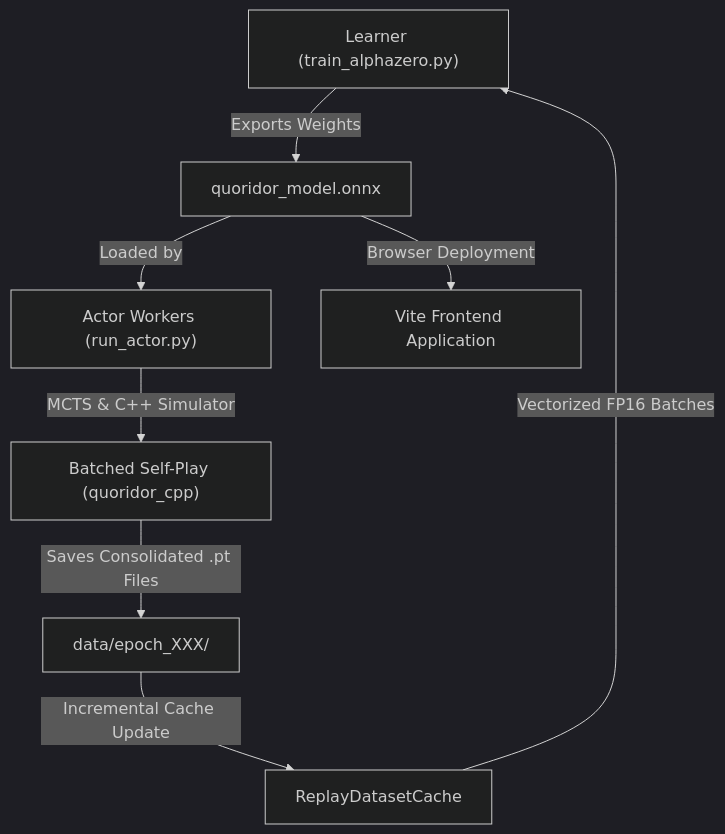
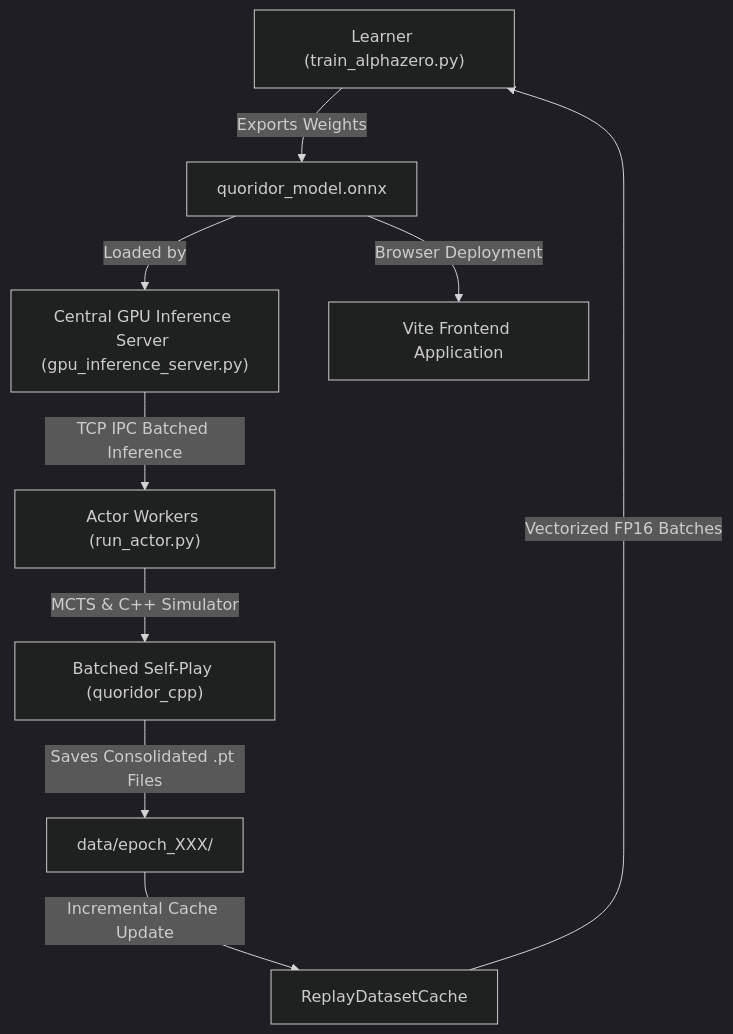
Before and after one commit to OuiHui/Quoridor: the diagram in docs/architecture.md, drawn with Mermaid (dark theme). The commit also changed other lines of this file and 5 other files, not shown here.

Commit message:
Centralized GPU Inference Server

````diff
--- a/docs/architecture.md
+++ b/docs/architecture.md
@@ -11,10 +11,11 @@
 ```mermaid
 graph TD
     A["Learner (train_alphazero.py)"] -->|Exports Weights| B["quoridor_model.onnx"]
-    B -->|Loaded by| C["Actor Workers (run_actor.py)"]
+    B -->|Loaded by| S["Central GPU Inference Server (gpu_inference_server.py)"]
+    S -->|TCP IPC Batched Inference| C["Actor Workers (run_actor.py)"]
     C -->|MCTS & C++ Simulator| D["Batched Self-Play (quoridor_cpp)"]
     D -->|Saves Consolidated .pt Files| E["data/epoch_XXX/"]
     E -->|Incremental Cache Update| F["ReplayDatasetCache"]
     F -->|Vectorized FP16 Batches| A
     B -->|Browser Deployment| G["Vite Frontend Application"]
 ```
````
